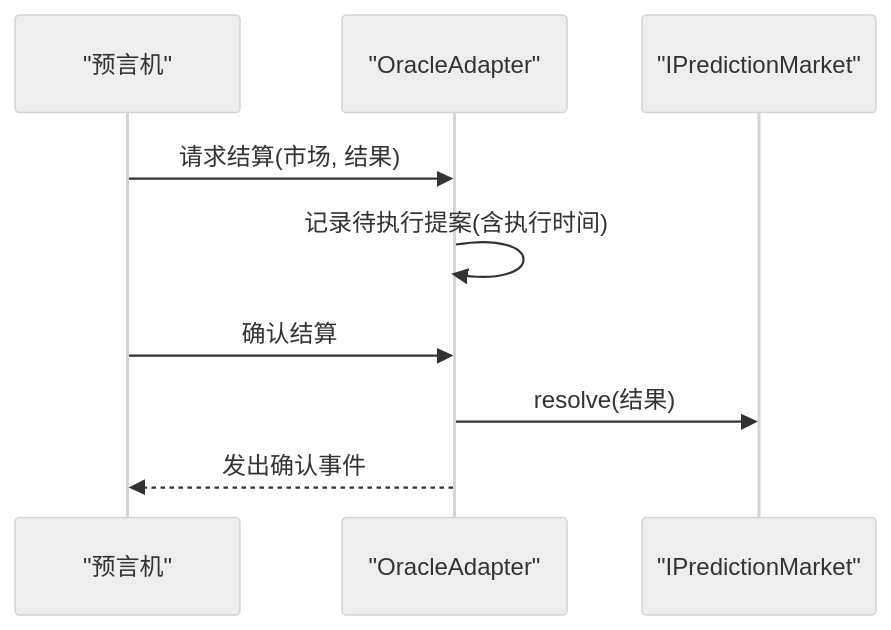
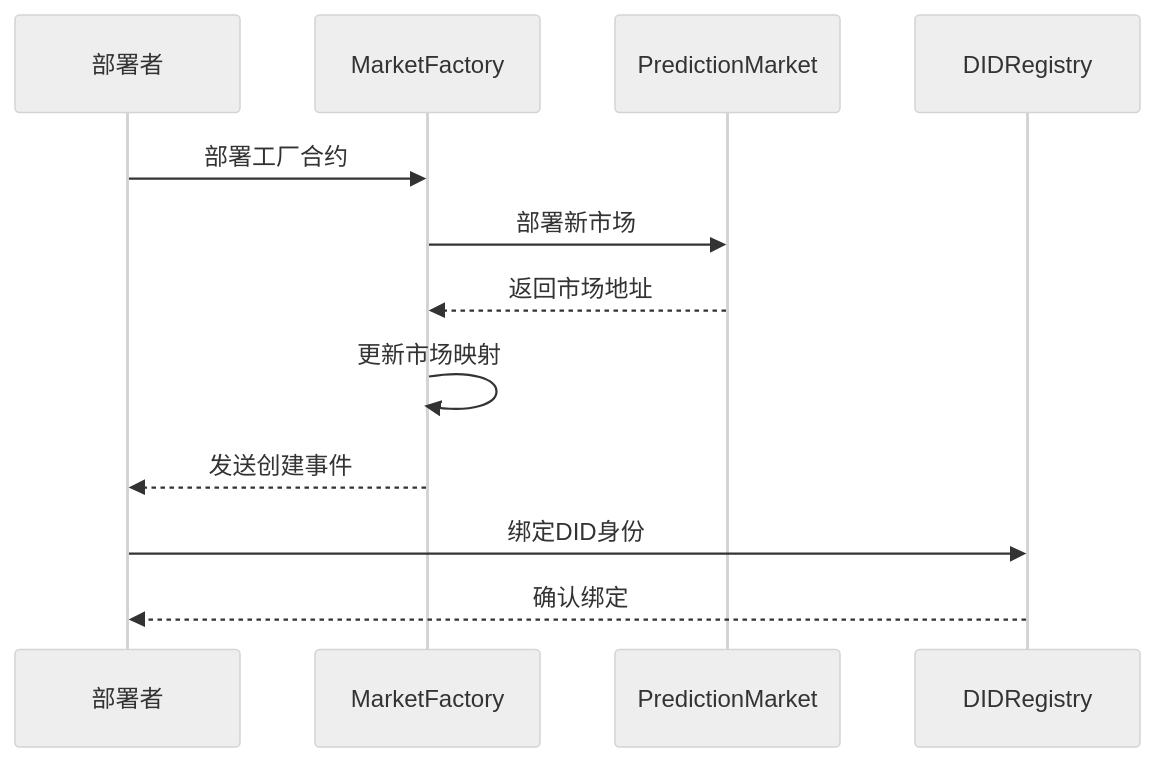
Before and after one commit to SimonHofman/PredictionDIDSimple: the eighth of 9 diagrams in contracts/.qoder/repowiki/zh/content/项目概述.md, drawn with Mermaid (neutral theme). The commit also changed other lines of this file and 162 other files, not shown here.

````diff
--- a/contracts/.qoder/repowiki/zh/content/项目概述.md
+++ b/contracts/.qoder/repowiki/zh/content/项目概述.md
@@ -265,11 +358,14 @@
 ```mermaid
 sequenceDiagram
-participant Oracle as "预言机"
-participant Adapter as "OracleAdapter"
-participant Market as "IPredictionMarket"
-Oracle->>Adapter : 请求结算(市场, 结果)
-Adapter->>Adapter : 记录待执行提案(含执行时间)
-Oracle->>Adapter : 确认结算
-Adapter->>Market : resolve(结果)
-Adapter-->>Oracle : 发出确认事件
+participant D as 部署者
+participant F as MarketFactory
+participant M as PredictionMarket
+participant R as DIDRegistry
+D->>F : 部署工厂合约
+F->>M : 部署新市场
+M-->>F : 返回市场地址
+F->>F : 更新市场映射
+F-->>D : 发送创建事件
+D->>R : 绑定DID身份
+R-->>D : 确认绑定
 ```
````
